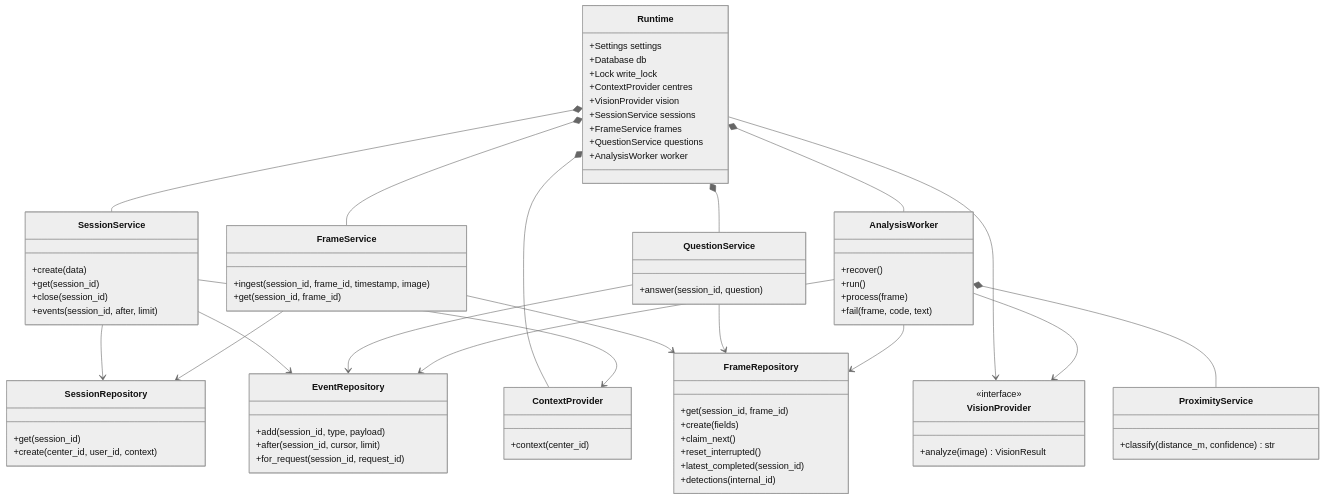
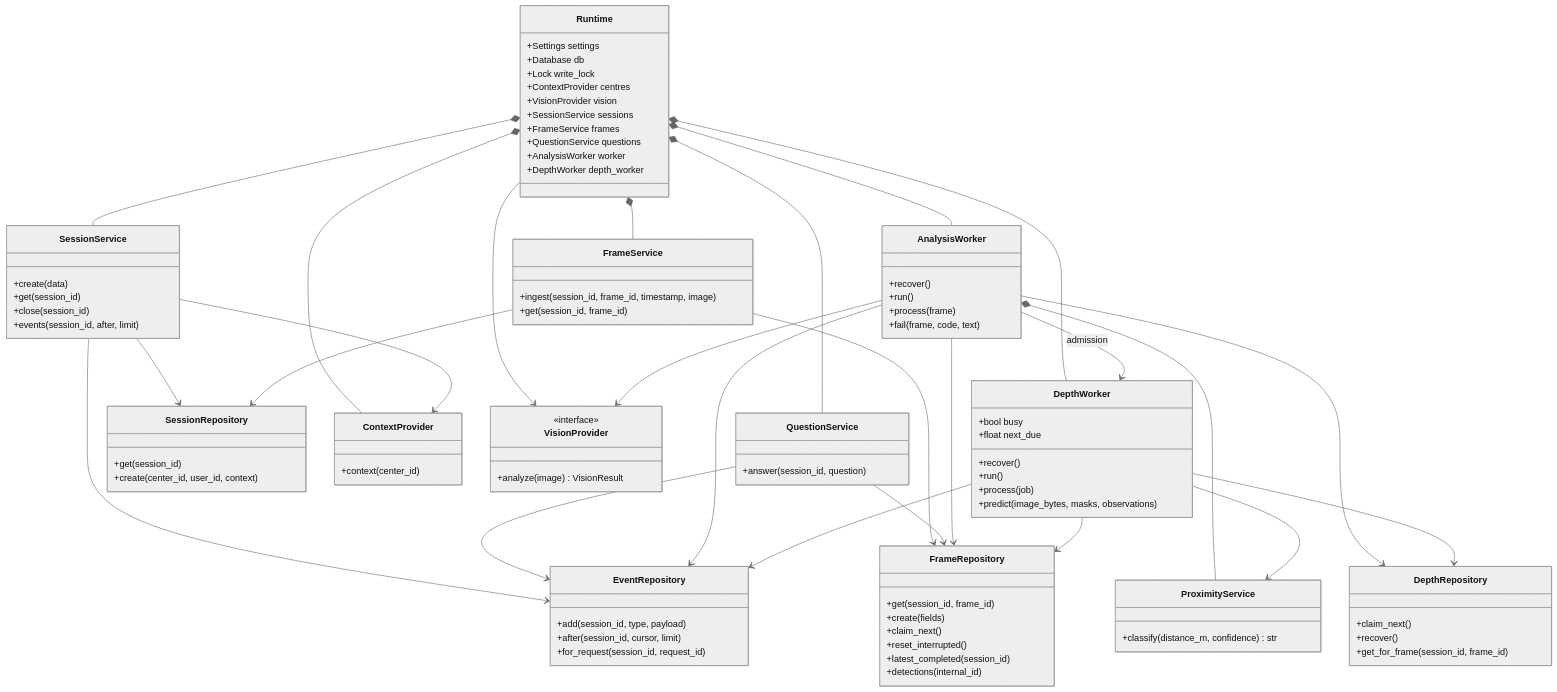
The diagram in docs/diagrams/03-classes-services.mmd (Mindsept/Looki--Vision), drawn with Mermaid (neutral theme) before and after one commit. The commit also changed 75 other files, not shown here.

```diff
--- a/docs/diagrams/03-classes-services.mmd
+++ b/docs/diagrams/03-classes-services.mmd
@@ -1,76 +1,97 @@
 %% LOOKi - diagramme détaillé dans ../01-architecture.md
 classDiagram
     class Runtime {
         +Settings settings
         +Database db
         +Lock write_lock
         +ContextProvider centres
         +VisionProvider vision
         +SessionService sessions
         +FrameService frames
         +QuestionService questions
         +AnalysisWorker worker
+        +DepthWorker depth_worker
     }
     class SessionService {
         +create(data)
         +get(session_id)
         +close(session_id)
         +events(session_id, after, limit)
     }
     class FrameService {
         +ingest(session_id, frame_id, timestamp, image)
         +get(session_id, frame_id)
     }
     class QuestionService {
         +answer(session_id, question)
     }
     class AnalysisWorker {
         +recover()
         +run()
         +process(frame)
         +fail(frame, code, text)
     }
     class ProximityService {
         +classify(distance_m, confidence) str
     }
     class SessionRepository {
         +get(session_id)
         +create(center_id, user_id, context)
     }
     class FrameRepository {
         +get(session_id, frame_id)
         +create(fields)
         +claim_next()
         +reset_interrupted()
         +latest_completed(session_id)
         +detections(internal_id)
     }
     class EventRepository {
         +add(session_id, type, payload)
         +after(session_id, cursor, limit)
         +for_request(session_id, request_id)
     }
     class ContextProvider {
         +context(center_id)
     }
     class VisionProvider {
         <<interface>>
         +analyze(image) VisionResult
     }
     Runtime *-- SessionService
     Runtime *-- FrameService
     Runtime *-- QuestionService
     Runtime *-- AnalysisWorker
     Runtime *-- ContextProvider
     Runtime --> VisionProvider
     SessionService --> SessionRepository
     SessionService --> EventRepository
     SessionService --> ContextProvider
     FrameService --> FrameRepository
     FrameService --> SessionRepository
     QuestionService --> FrameRepository
     QuestionService --> EventRepository
     AnalysisWorker --> FrameRepository
     AnalysisWorker --> EventRepository
     AnalysisWorker --> VisionProvider
     AnalysisWorker *-- ProximityService
+    class DepthWorker {
+        +bool busy
+        +float next_due
+        +recover()
+        +run()
+        +process(job)
+        +predict(image_bytes, masks, observations)
+    }
+    class DepthRepository {
+        +claim_next()
+        +recover()
+        +get_for_frame(session_id, frame_id)
+    }
+    Runtime *-- DepthWorker
+    AnalysisWorker --> DepthWorker : admission
+    AnalysisWorker --> DepthRepository
+    DepthWorker --> DepthRepository
+    DepthWorker --> FrameRepository
+    DepthWorker --> EventRepository
+    DepthWorker --> ProximityService
```
